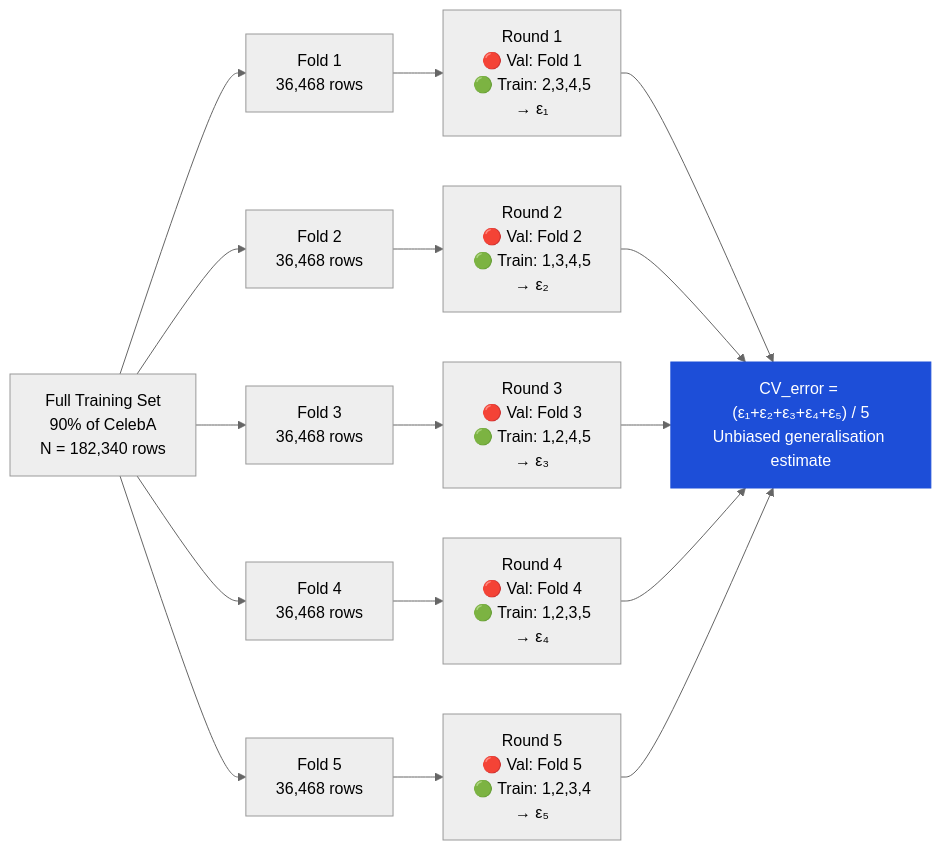
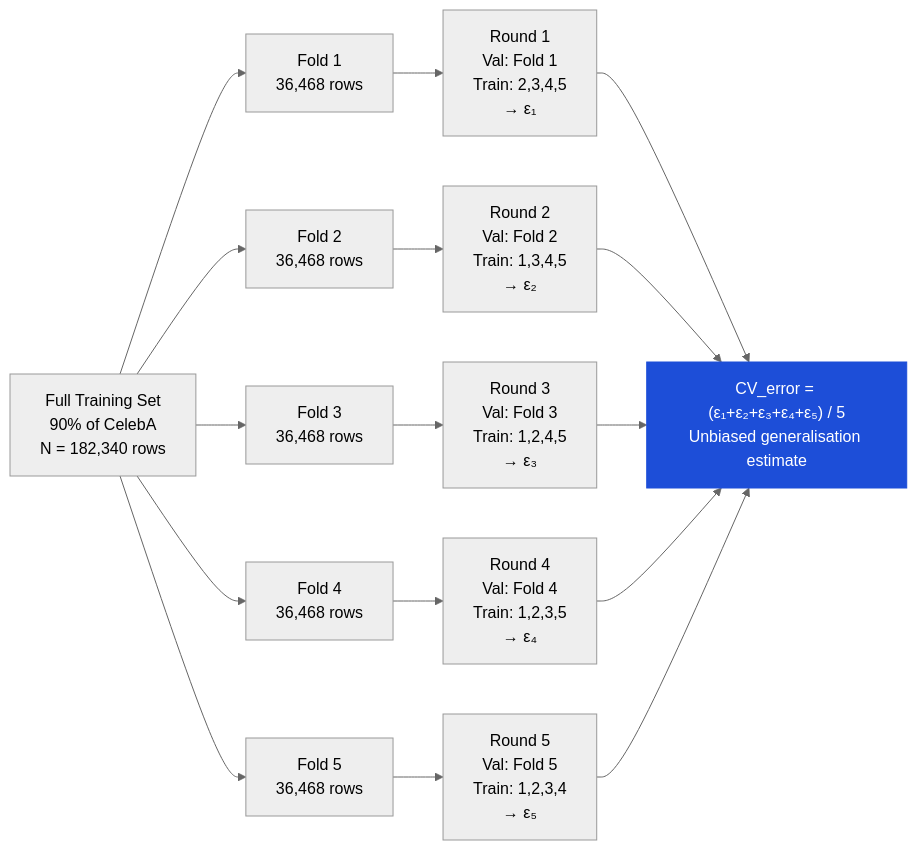
One commit to dsgouda7/ai-portfolio changed the fourth of 4 diagrams in notes/01-ml/02-classification/ch05_hyperparameter_tuning/README.md. Above: the diagram before and after it, drawn with Mermaid (neutral theme). The commit also changed other lines of this file and 391 other files, not shown here.

````diff
--- a/notes/01-ml/02-classification/ch05_hyperparameter_tuning/README.md
+++ b/notes/01-ml/02-classification/ch05_hyperparameter_tuning/README.md
@@ -539,24 +539,24 @@
 ```mermaid
 flowchart LR
  DATA["Full Training Set\n90% of CelebA\nN = 182,340 rows"]
 
  DATA --> F1["Fold 1\n36,468 rows"]
  DATA --> F2["Fold 2\n36,468 rows"]
  DATA --> F3["Fold 3\n36,468 rows"]
  DATA --> F4["Fold 4\n36,468 rows"]
  DATA --> F5["Fold 5\n36,468 rows"]
 
- F1 --> R1["Round 1\n🔴 Val: Fold 1\n🟢 Train: 2,3,4,5\n→ ε₁"]
- F2 --> R2["Round 2\n🔴 Val: Fold 2\n🟢 Train: 1,3,4,5\n→ ε₂"]
- F3 --> R3["Round 3\n🔴 Val: Fold 3\n🟢 Train: 1,2,4,5\n→ ε₃"]
- F4 --> R4["Round 4\n🔴 Val: Fold 4\n🟢 Train: 1,2,3,5\n→ ε₄"]
- F5 --> R5["Round 5\n🔴 Val: Fold 5\n🟢 Train: 1,2,3,4\n→ ε₅"]
+ F1 --> R1["Round 1\n Val: Fold 1\n Train: 2,3,4,5\n→ ε₁"]
+ F2 --> R2["Round 2\n Val: Fold 2\n Train: 1,3,4,5\n→ ε₂"]
+ F3 --> R3["Round 3\n Val: Fold 3\n Train: 1,2,4,5\n→ ε₃"]
+ F4 --> R4["Round 4\n Val: Fold 4\n Train: 1,2,3,5\n→ ε₄"]
+ F5 --> R5["Round 5\n Val: Fold 5\n Train: 1,2,3,4\n→ ε₅"]
 
  R1 --> CV["CV_error = (ε₁+ε₂+ε₃+ε₄+ε₅) / 5\nUnbiased generalisation estimate"]
  R2 --> CV
  R3 --> CV
  R4 --> CV
  R5 --> CV
 
  style CV fill:#1d4ed8,color:#ffffff,stroke:#1d4ed8
 ```
````
